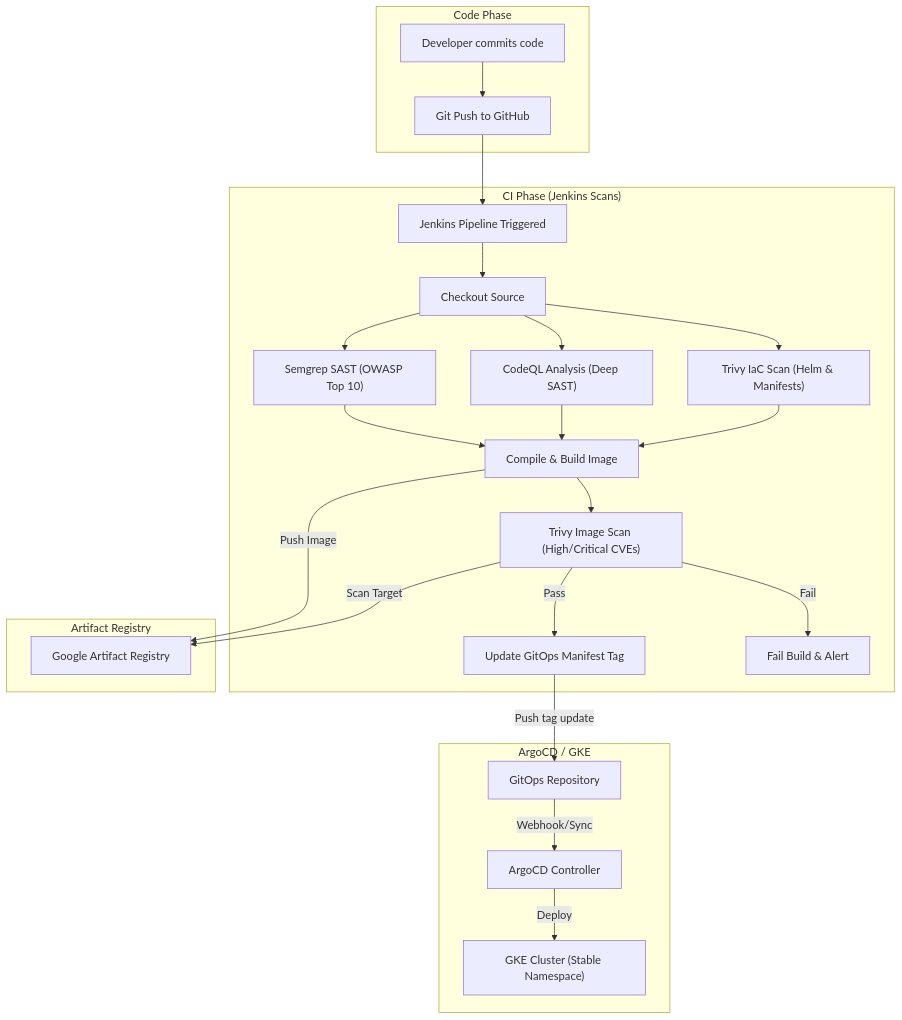
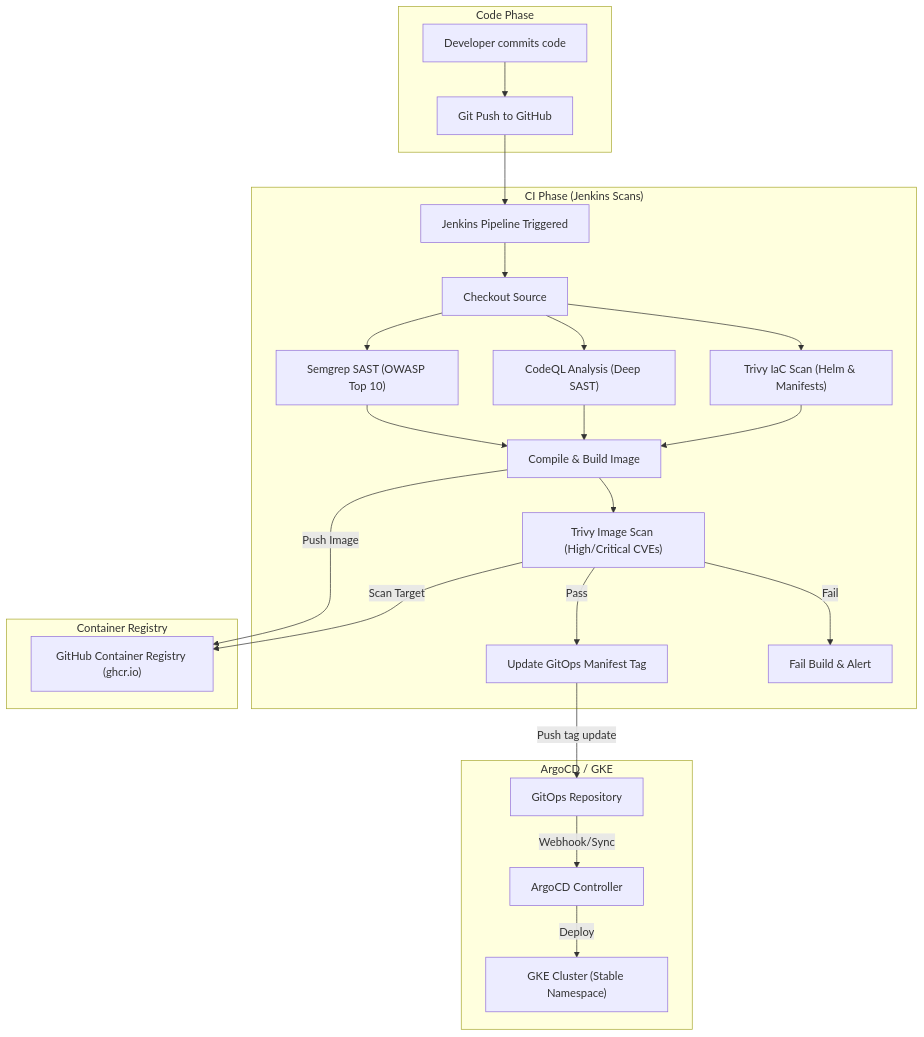
Before and after one commit to nubenetes/jenkins-2026: the diagram in docs/601-DEVSECOPS.md, drawn with Mermaid. The commit also changed other lines of this file and 5 other files, not shown here.

````diff
--- a/docs/601-DEVSECOPS.md
+++ b/docs/601-DEVSECOPS.md
@@ -14,31 +14,31 @@
 ```mermaid
 graph TD
     subgraph Code_Phase ["Code Phase"]
         A["Developer commits code"] --> B["Git Push to GitHub"]
     end
 
     subgraph CI_Phase ["CI Phase (Jenkins Scans)"]
         B --> C["Jenkins Pipeline Triggered"]
         C --> D["Checkout Source"]
         D --> E["Semgrep SAST (OWASP Top 10)"]
         D --> F["CodeQL Analysis (Deep SAST)"]
         D --> G["Trivy IaC Scan (Helm & Manifests)"]
         E --> H["Compile & Build Image"]
         F --> H
         G --> H
         H --> I["Trivy Image Scan (High/Critical CVEs)"]
         I -->|Pass| J["Update GitOps Manifest Tag"]
         I -->|Fail| K["Fail Build & Alert"]
     end
 
-    subgraph Artifact_Registry ["Artifact Registry"]
-        H -->|Push Image| L["Google Artifact Registry"]
+    subgraph Artifact_Registry ["Container Registry"]
+        H -->|Push Image| L["GitHub Container Registry (ghcr.io)"]
         I -->|Scan Target| L
     end
 
     subgraph ArgoCD_GKE ["ArgoCD / GKE"]
         J -->|Push tag update| M["GitOps Repository"]
         M -->|Webhook/Sync| N["ArgoCD Controller"]
         N -->|Deploy| O["GKE Cluster (Stable Namespace)"]
     end
 ```
````
